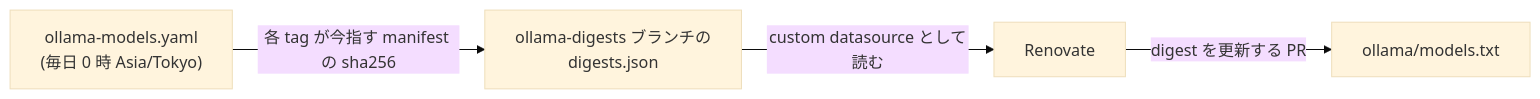
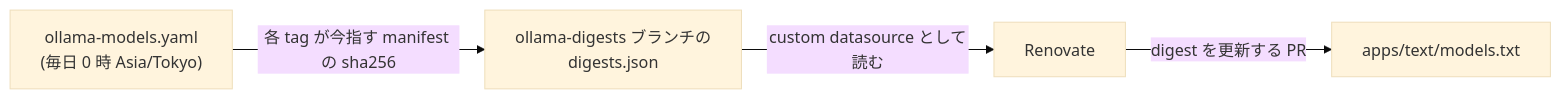
One commit to msageha/local-ai-chat changed the diagram in docs/development.md. Above: the diagram before and after it, drawn with Mermaid (base theme). The commit also changed other lines of this file and 33 other files, not shown here.

````diff
--- a/docs/development.md
+++ b/docs/development.md
@@ -69,6 +71,6 @@
 ```mermaid
 flowchart LR
   wf["ollama-models.yaml<br>(毎日 0 時 Asia/Tokyo)"] -- "各 tag が今指す manifest の sha256" --> json["ollama-digests ブランチの<br>digests.json"]
   json -- "custom datasource として読む" --> renovate[Renovate]
-  renovate -- "digest を更新する PR" --> models["ollama/models.txt"]
+  renovate -- "digest を更新する PR" --> models["apps/text/models.txt"]
 ```
````
